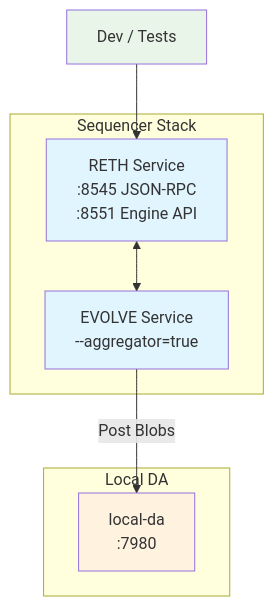
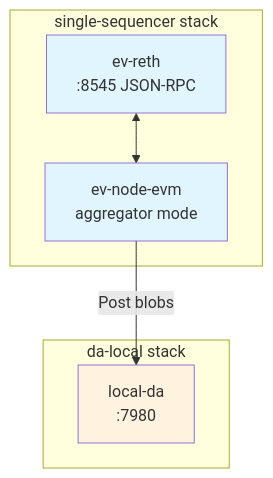
One commit to evstack/ev-node changed the diagram in docs/guides/deploy/local.md. Above: the diagram before and after it, drawn with Mermaid. The commit also changed other lines of this file, not shown here.

````diff
--- a/docs/guides/deploy/local.md
+++ b/docs/guides/deploy/local.md
@@ -19,24 +13,19 @@
 ```mermaid
 graph TB
-    subgraph "Sequencer Stack"
-        SEQ_RETH[RETH Service<br/>:8545 JSON-RPC<br/>:8551 Engine API]
-        SEQ_EVOLVE[EVOLVE Service<br/>--aggregator=true]
-        SEQ_RETH <--> SEQ_EVOLVE
-    end
-
-    subgraph "Local DA"
+    subgraph "da-local stack"
         LOCAL_DA[local-da<br/>:7980]
     end
 
-    SEQ_EVOLVE -->|Post Blobs| LOCAL_DA
+    subgraph "single-sequencer stack"
+        SEQ_RETH[ev-reth<br/>:8545 JSON-RPC]
+        SEQ_EVM[ev-node-evm<br/>aggregator mode]
+        SEQ_RETH <--> SEQ_EVM
+    end
 
-    USERS[Dev / Tests] --> SEQ_RETH
+    SEQ_EVM -->|Post blobs| LOCAL_DA
 
     classDef sequencer fill:#e1f5fe
     classDef da fill:#fff3e0
-    classDef user fill:#e8f5e8
-
-    class SEQ_RETH,SEQ_EVOLVE sequencer
+    class SEQ_RETH,SEQ_EVM sequencer
     class LOCAL_DA da
-    class USERS user
 ```
````
